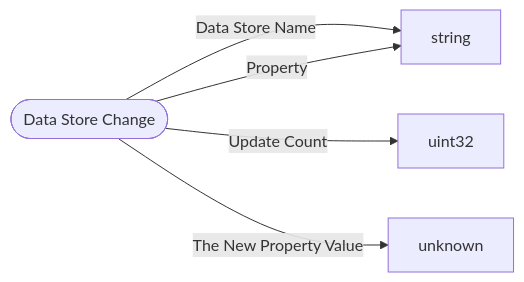
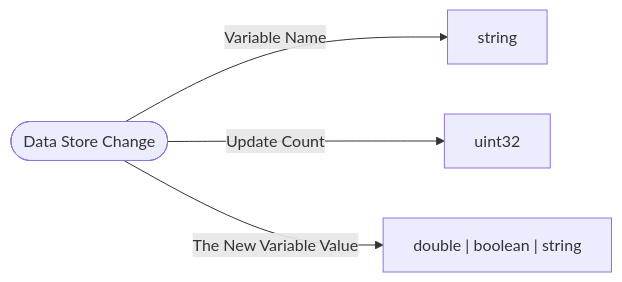
Before and after one commit to bedrock-v/protocol-docs: the diagram in schemas/types/Data_Store_Change.md, drawn with Mermaid. The commit also changed 42 other files, not shown here.

````diff
--- a/schemas/types/Data_Store_Change.md
+++ b/schemas/types/Data_Store_Change.md
@@ -5,8 +5,7 @@
 ```mermaid
 flowchart LR
   ROOT(["Data Store Change"])
-  ROOT -->|"Data Store Name"| string["string"]
-  ROOT -->|"Property"| string["string"]
+  ROOT -->|"Variable Name"| string["string"]
   ROOT -->|"Update Count"| uint32["uint32"]
-  ROOT -->|"The New Property Value"| unknown["unknown"]
+  ROOT -->|"The New Variable Value"| double___boolean___string["double | boolean | string"]
 ```
````
